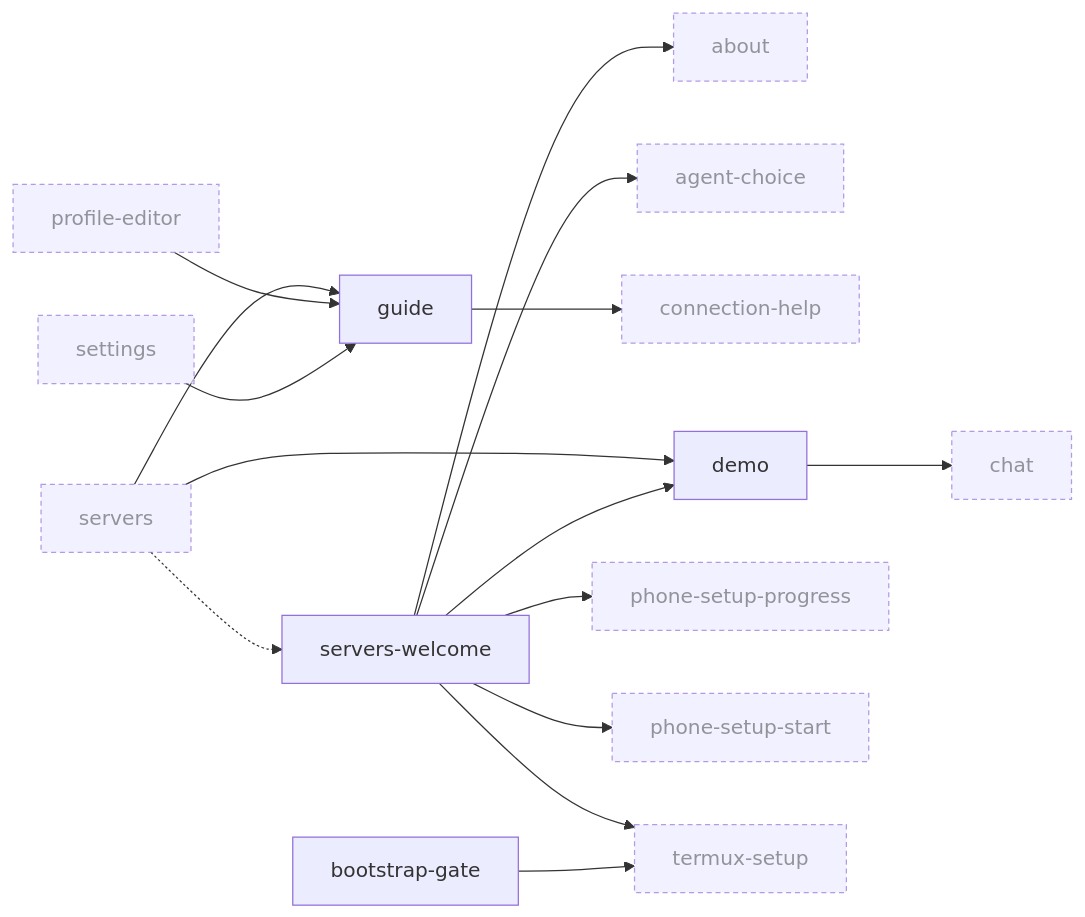
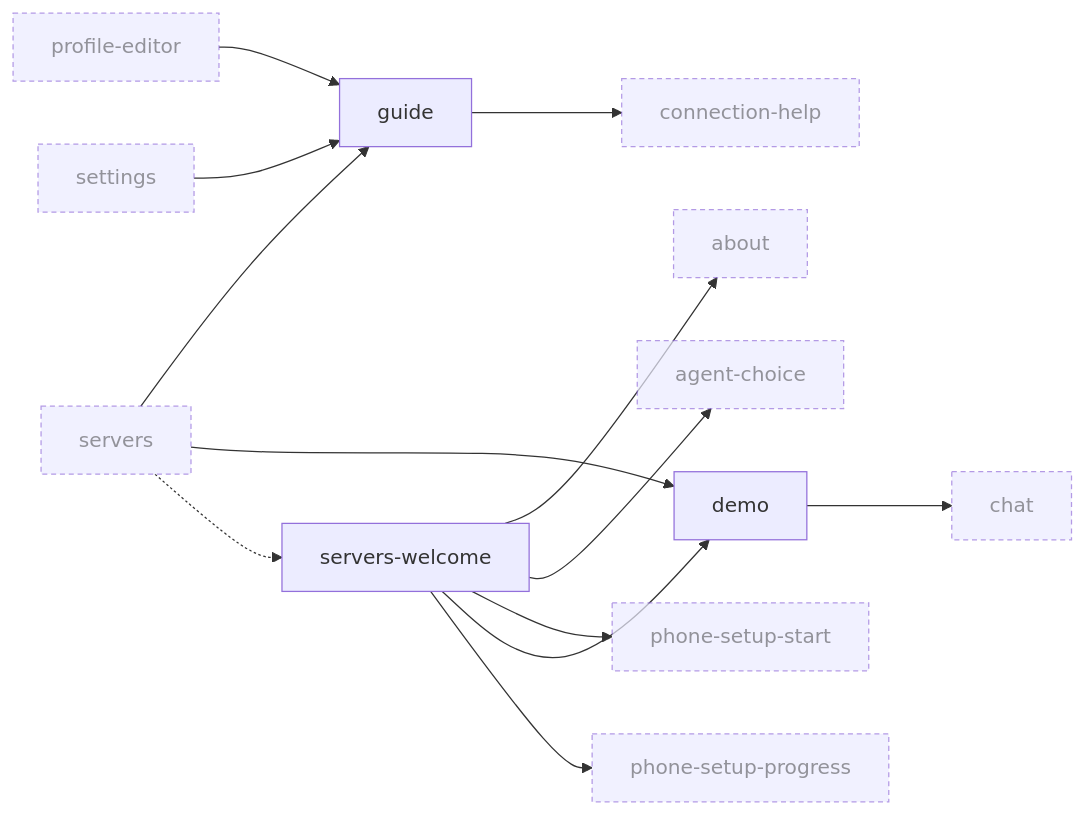
The ninth of 10 diagrams in docs/design/ui-ledger/navigation.md (Breskott/opencode-mobile-next), drawn with Mermaid before and after one commit. The commit also changed other lines of this file and 106 other files, not shown here.

````diff
--- a/docs/design/ui-ledger/navigation.md
+++ b/docs/design/ui-ledger/navigation.md
@@ -1397,32 +1355,28 @@
 ```mermaid
 graph LR
   about["about"]:::ext
   agent_choice["agent-choice"]:::ext
-  bootstrap_gate["bootstrap-gate"]
   chat["chat"]:::ext
   connection_help["connection-help"]:::ext
   demo["demo"]
   guide["guide"]
   phone_setup_progress["phone-setup-progress"]:::ext
   phone_setup_start["phone-setup-start"]:::ext
   profile_editor["profile-editor"]:::ext
   servers["servers"]:::ext
   servers_welcome["servers-welcome"]
   settings["settings"]:::ext
-  termux_setup["termux-setup"]:::ext
   demo --> chat
   servers --> guide
   servers --> demo
   servers_welcome --> about
   servers_welcome --> agent_choice
-  servers_welcome --> termux_setup
+  servers_welcome --> phone_setup_start
   servers_welcome --> demo
   profile_editor --> guide
   settings --> guide
   guide --> connection_help
-  servers_welcome --> phone_setup_start
   servers -.-> servers_welcome
-  bootstrap_gate --> termux_setup
   servers_welcome --> phone_setup_progress
   classDef ext stroke-dasharray: 4 3,opacity:0.7
 ```
````
